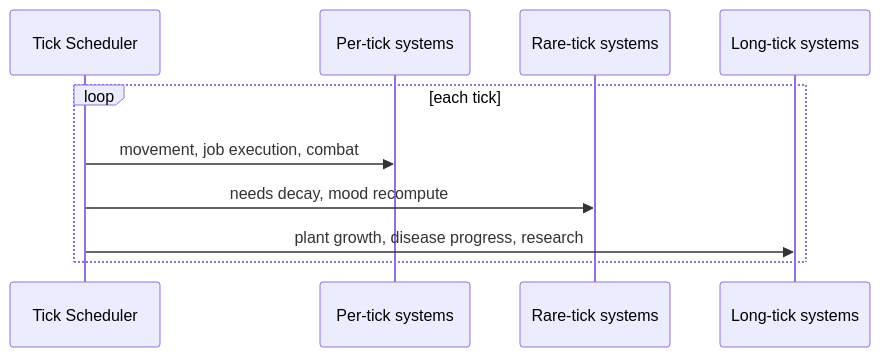
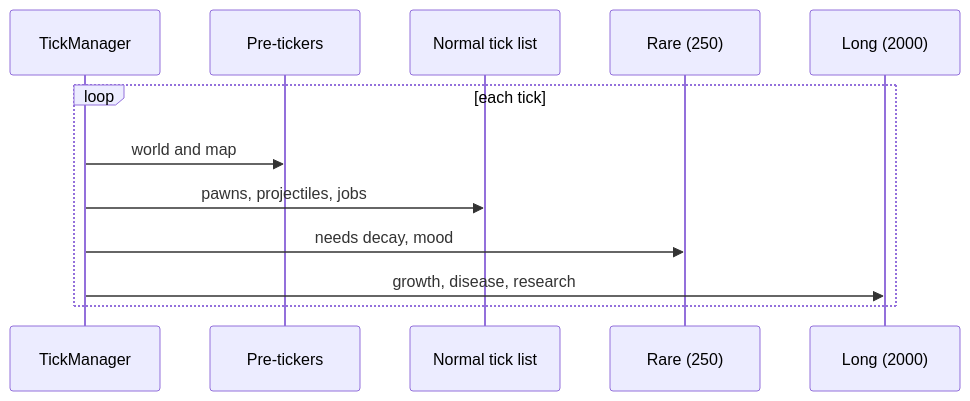
The third of 8 diagrams in docs/spec/simworld-spec.md (m2windham/simWorld), drawn with Mermaid before and after one commit. The commit also changed other lines of this file and 2 other files, not shown here.

````diff
--- a/docs/spec/simworld-spec.md
+++ b/docs/spec/simworld-spec.md
@@ -100,12 +135,14 @@
 ```mermaid
 sequenceDiagram
-  participant Sched as Tick Scheduler
-  participant Fast as Per-tick systems
-  participant Rare as Rare-tick systems
-  participant Long as Long-tick systems
+  participant TM as TickManager
+  participant Pre as Pre-tickers
+  participant N as Normal tick list
+  participant R as Rare (250)
+  participant L as Long (2000)
   loop each tick
-    Sched->>Fast: movement, job execution, combat
-    Sched->>Rare: needs decay, mood recompute
-    Sched->>Long: plant growth, disease progress, research
+    TM->>Pre: world and map
+    TM->>N: pawns, projectiles, jobs
+    TM->>R: needs decay, mood
+    TM->>L: growth, disease, research
   end
 ```
````
